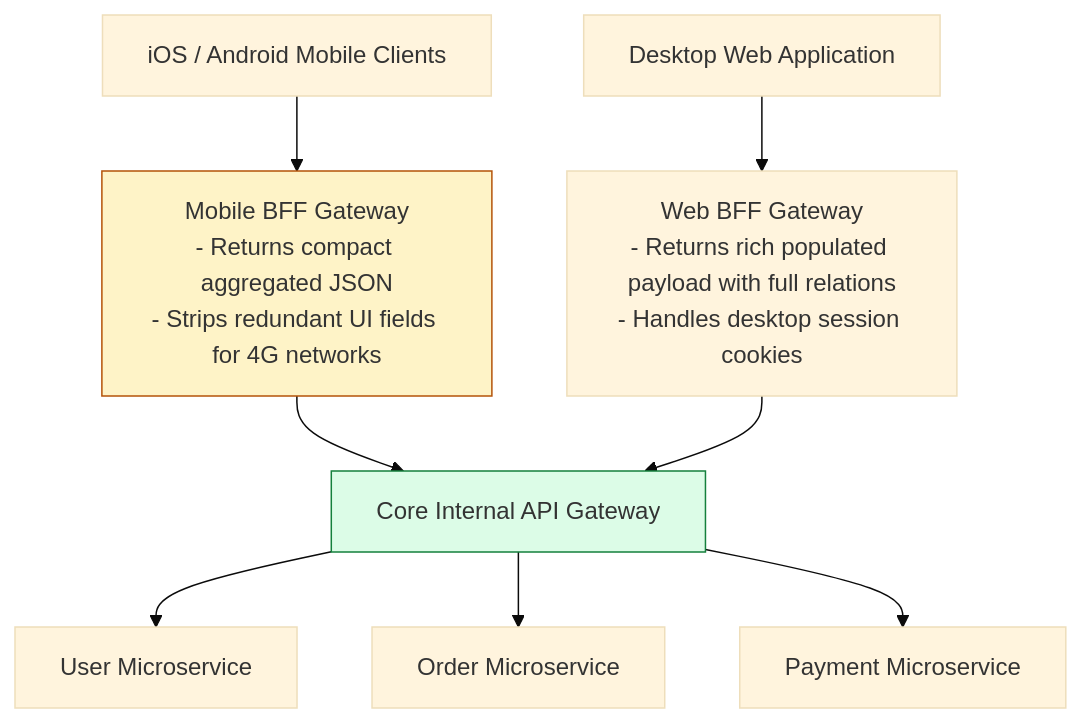
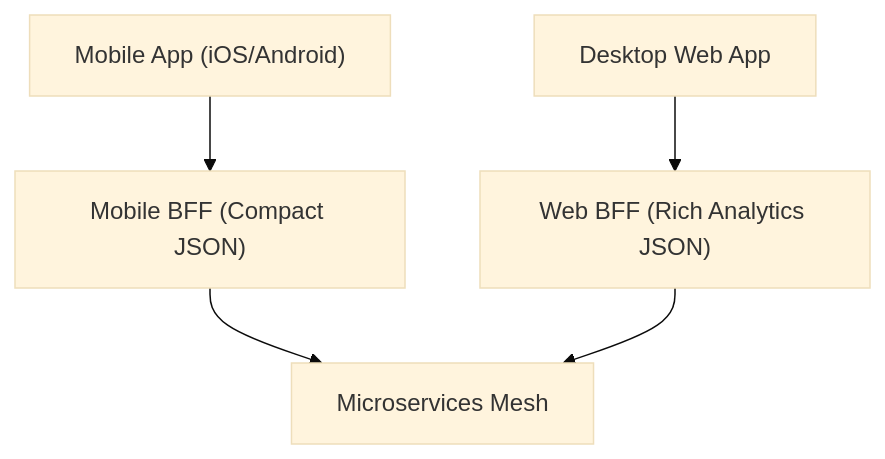
The fifth of 5 diagrams in system-design-notes/04-serialization-and-api-patterns.md (Amie-dev/engineering-playbook), drawn with Mermaid (base theme) before and after one commit. The commit also changed other lines of this file and 33 other files, not shown here.

````diff
--- a/system-design-notes/04-serialization-and-api-patterns.md
+++ b/system-design-notes/04-serialization-and-api-patterns.md
@@ -55,15 +172,8 @@
 ```mermaid
 flowchart TD
-    ClientMobile[iOS / Android Mobile Clients] --> MobileBFF["Mobile BFF Gateway<br/>- Returns compact aggregated JSON<br/>- Strips redundant UI fields for 4G networks"]
-    ClientWeb[Desktop Web Application] --> WebBFF["Web BFF Gateway<br/>- Returns rich populated payload with full relations<br/>- Handles desktop session cookies"]
-
-    MobileBFF --> APIGateway[Core Internal API Gateway]
-    WebBFF --> APIGateway
-
-    APIGateway --> S1[User Microservice]
-    APIGateway --> S2[Order Microservice]
-    APIGateway --> S3[Payment Microservice]
-
-    style MobileBFF fill:#fef3c7,stroke:#b45309
-    style APIGateway fill:#dcfce7,stroke:#15803d
+    MobileClient["Mobile App (iOS/Android)"] --> MobileBFF["Mobile BFF (Compact JSON)"]
+    WebClient["Desktop Web App"] --> WebBFF["Web BFF (Rich Analytics JSON)"]
+    
+    MobileBFF --> Services["Microservices Mesh"]
+    WebBFF --> Services
 ```
````
